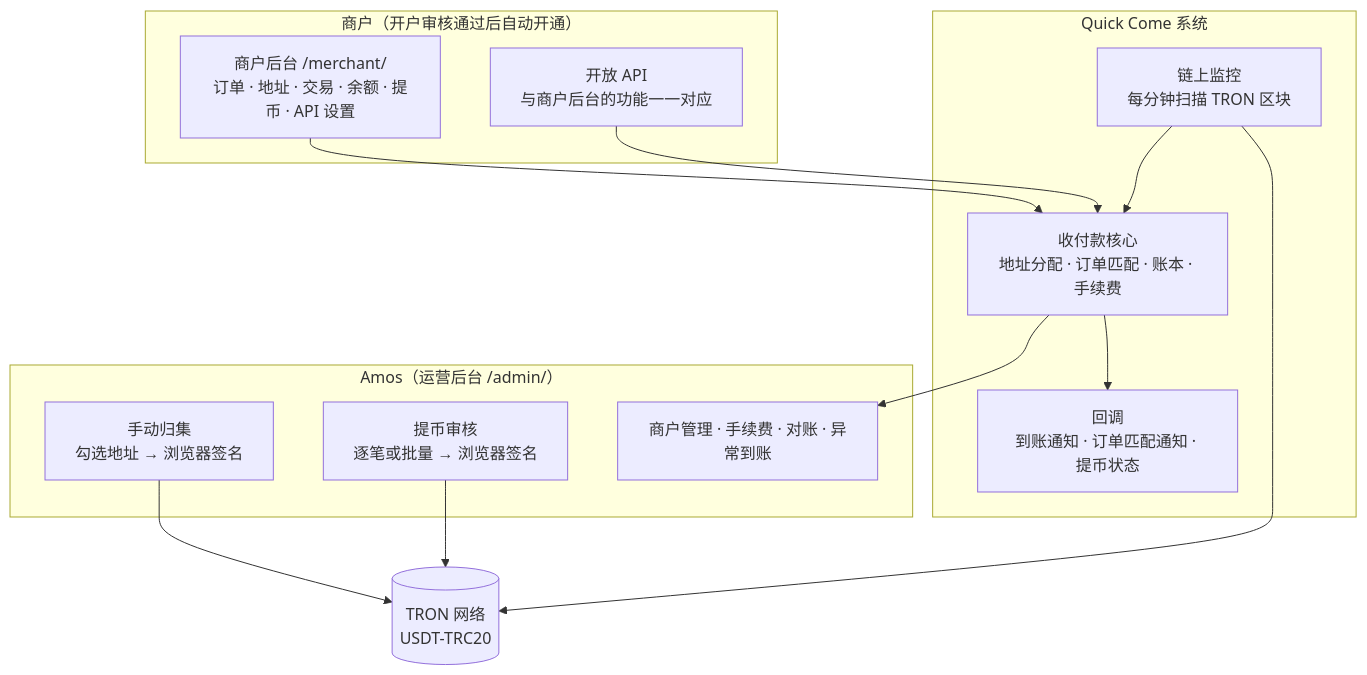
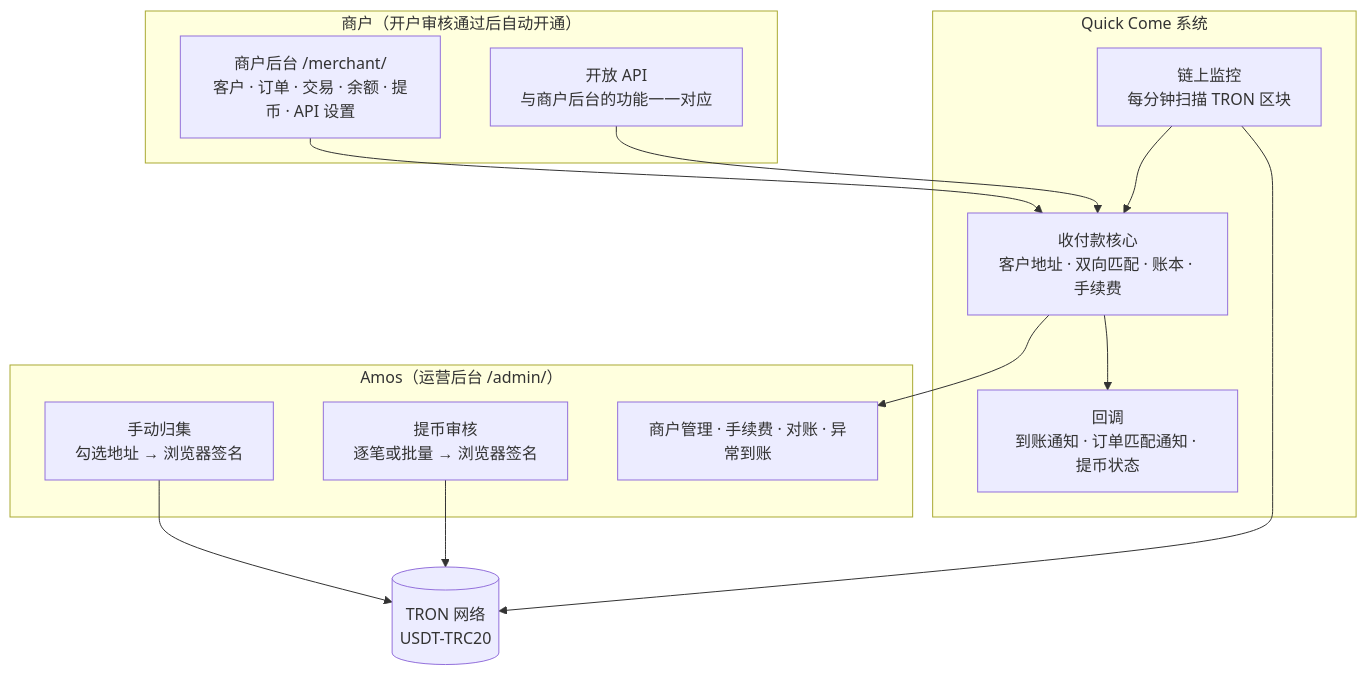
The first of 4 diagrams in 需求文档/v6-需求说明书.md (dollar3651314/amos111), drawn with Mermaid before and after one commit. The commit also changed other lines of this file and 2 other files, not shown here.

````diff
--- a/需求文档/v6-需求说明书.md
+++ b/需求文档/v6-需求说明书.md
@@ -10,26 +19,26 @@
 ```mermaid
 flowchart TB
     subgraph MER["商户（开户审核通过后自动开通）"]
-        MP["商户后台 /merchant/<br/>订单 · 地址 · 交易 · 余额 · 提币 · API 设置"]
+        MP["商户后台 /merchant/<br/>客户 · 订单 · 交易 · 余额 · 提币 · API 设置"]
         API["开放 API<br/>与商户后台的功能一一对应"]
     end
     subgraph QC["Quick Come 系统"]
-        CORE["收付款核心<br/>地址分配 · 订单匹配 · 账本 · 手续费"]
+        CORE["收付款核心<br/>客户地址 · 双向匹配 · 账本 · 手续费"]
         SCAN["链上监控<br/>每分钟扫描 TRON 区块"]
         CB["回调<br/>到账通知 · 订单匹配通知 · 提币状态"]
     end
     subgraph OPS["Amos（运营后台 /admin/）"]
         SW["手动归集<br/>勾选地址 → 浏览器签名"]
         WD["提币审核<br/>逐笔或批量 → 浏览器签名"]
         MG["商户管理 · 手续费 · 对账 · 异常到账"]
     end
     CHAIN[("TRON 网络<br/>USDT-TRC20")]
     MP --> CORE
     API --> CORE
     CORE --> CB
     SCAN --> CHAIN
     SCAN --> CORE
     SW --> CHAIN
     WD --> CHAIN
     CORE --> MG
 ```
````
